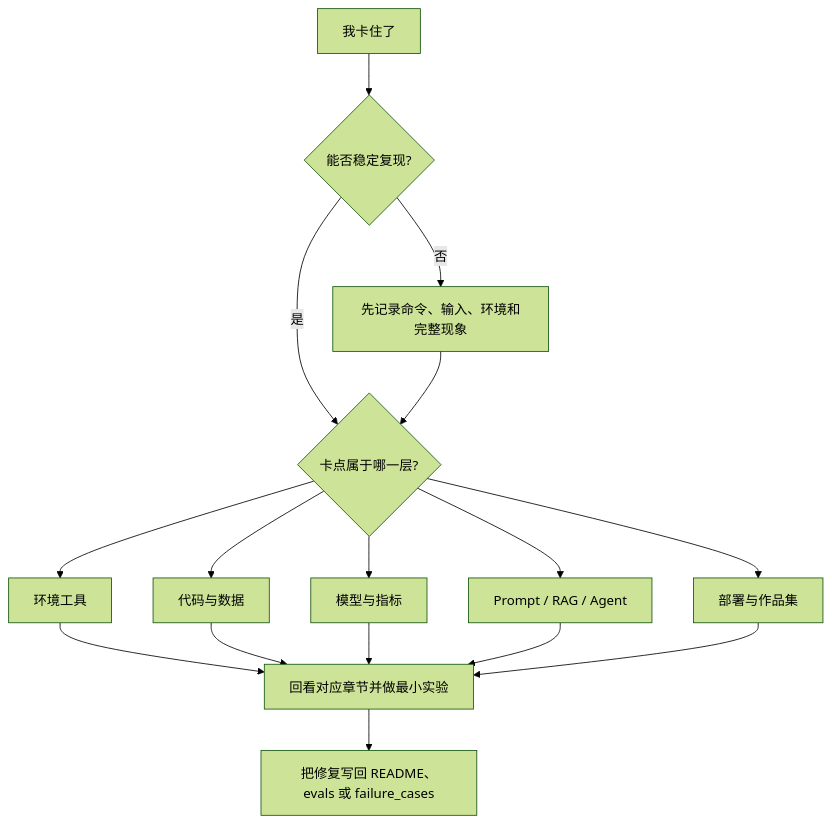
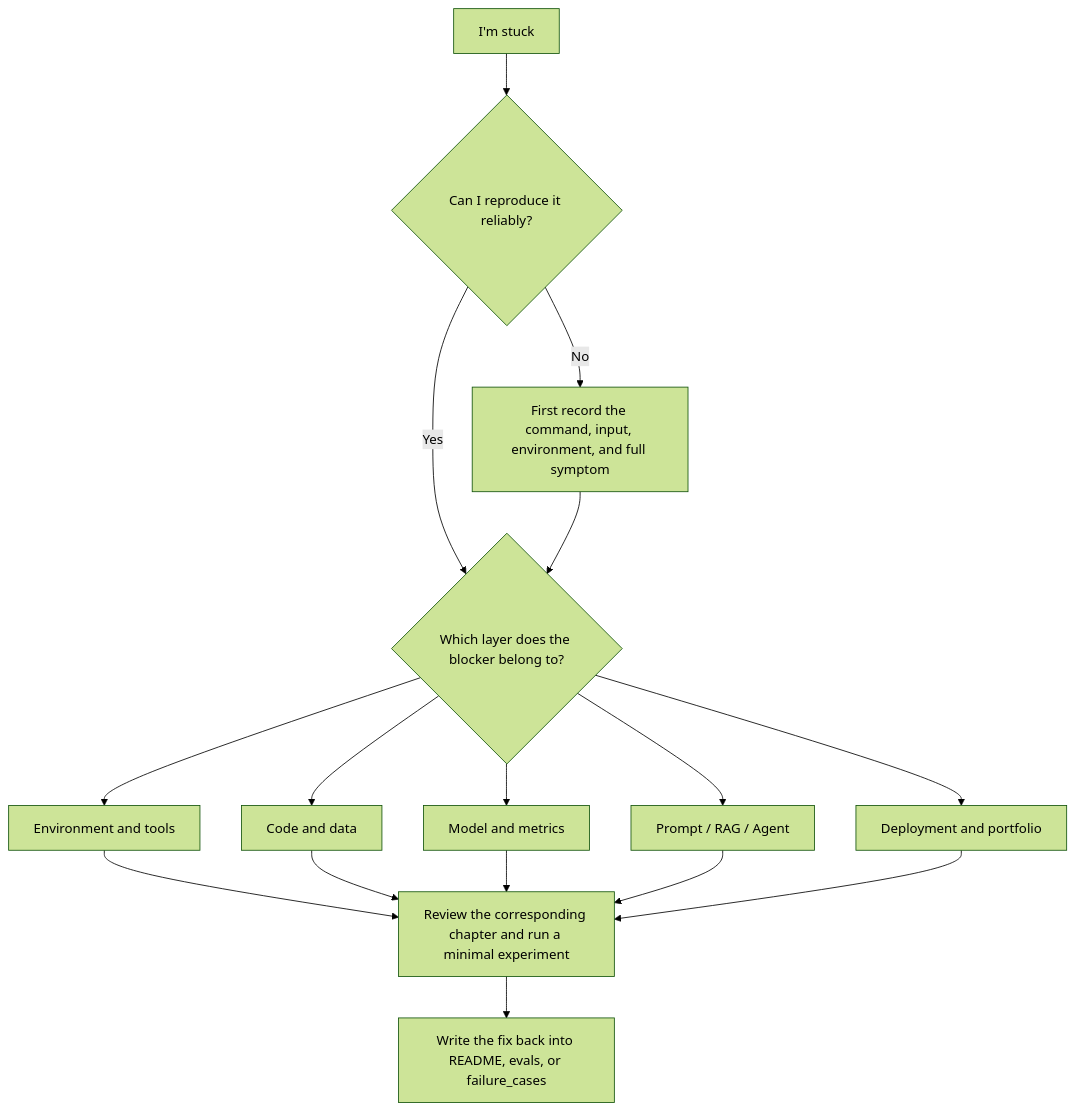
The diagram in docs/intro/blocker-diagnosis-map.md (oudbiao/AI-fullstack-course), drawn with Mermaid (forest theme) before and after one commit. The commit also changed other lines of this file and 1406 other files, not shown here.

````diff
--- a/docs/intro/blocker-diagnosis-map.md
+++ b/docs/intro/blocker-diagnosis-map.md
@@ -18,18 +18,18 @@
 ```mermaid
 flowchart TD
-  A[我卡住了] --> B{能否稳定复现?}
-  B -- 否 --> C[先记录命令、输入、环境和完整现象]
-  B -- 是 --> D{卡点属于哪一层?}
+  A[I'm stuck] --> B{Can I reproduce it reliably?}
+  B -- No --> C[First record the command, input, environment, and full symptom]
+  B -- Yes --> D{Which layer does the blocker belong to?}
   C --> D
-  D --> E[环境工具]
-  D --> F[代码与数据]
-  D --> G[模型与指标]
+  D --> E[Environment and tools]
+  D --> F[Code and data]
+  D --> G[Model and metrics]
   D --> H[Prompt / RAG / Agent]
-  D --> I[部署与作品集]
-  E --> J[回看对应章节并做最小实验]
+  D --> I[Deployment and portfolio]
+  E --> J[Review the corresponding chapter and run a minimal experiment]
   F --> J
   G --> J
   H --> J
   I --> J
-  J --> K[把修复写回 README、evals 或 failure_cases]
+  J --> K[Write the fix back into README, evals, or failure_cases]
 ```
````
